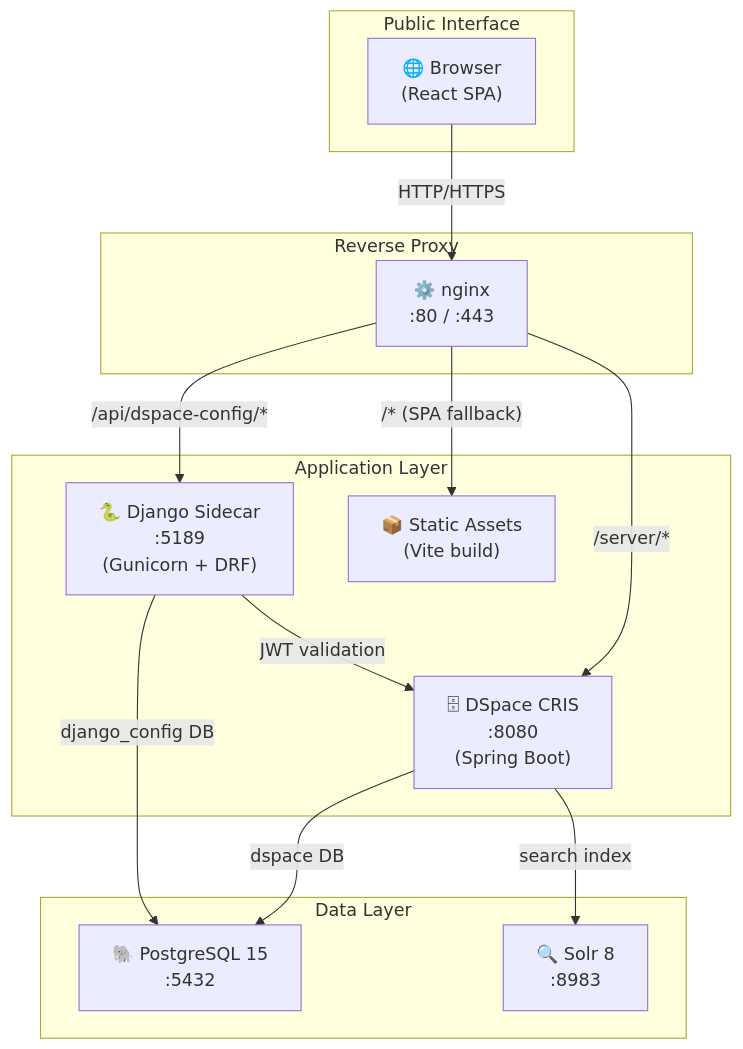
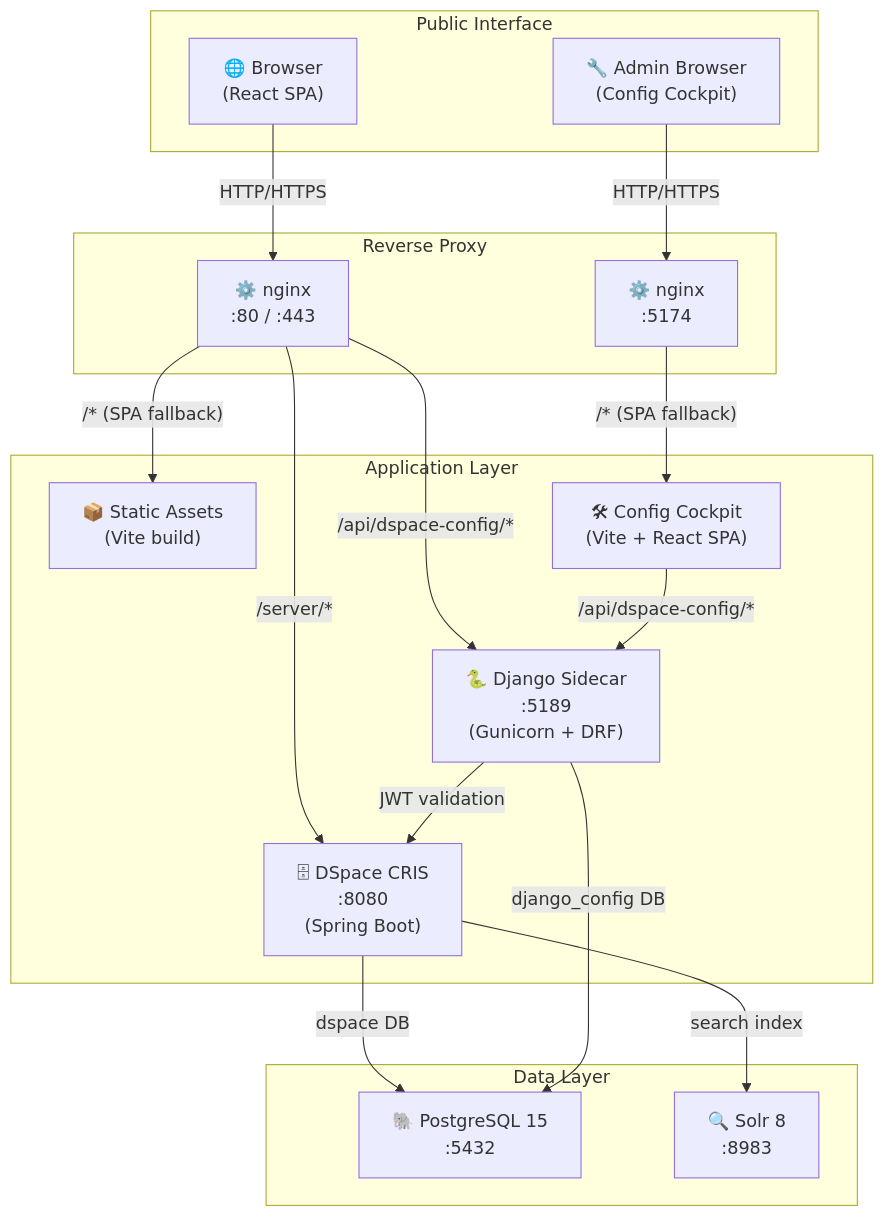
Before and after one commit to sszepe/dspace-cris-cockpit-docu: the first of 4 diagrams in dev/architecture.md, drawn with Mermaid. The commit also changed other lines of this file and 5 other files, not shown here.

Commit message:
add django-frontend basic info for architecture diagram, dev docu and admin roles

````diff
--- a/dev/architecture.md
+++ b/dev/architecture.md
@@ -17,31 +17,37 @@
 ```mermaid
 graph TB
     subgraph Public["Public Interface"]
         Browser["🌐 Browser\n(React SPA)"]
+        AdminBrowser["🔧 Admin Browser\n(Config Cockpit)"]
     end
 
     subgraph Proxy["Reverse Proxy"]
         Nginx["⚙️ nginx\n:80 / :443"]
+        AdminNginx["⚙️ nginx\n:5174"]
     end
 
     subgraph App["Application Layer"]
         DSpace["🗄 DSpace CRIS\n:8080\n(Spring Boot)"]
         Django["🐍 Django Sidecar\n:5189\n(Gunicorn + DRF)"]
         Frontend["📦 Static Assets\n(Vite build)"]
+        DjangoFrontend["🛠 Config Cockpit\n(Vite + React SPA)"]
     end
 
     subgraph Data["Data Layer"]
         PG["🐘 PostgreSQL 15\n:5432"]
         Solr["🔍 Solr 8\n:8983"]
     end
 
     Browser -->|"HTTP/HTTPS"| Nginx
+    AdminBrowser -->|"HTTP/HTTPS"| AdminNginx
     Nginx -->|"/server/*"| DSpace
     Nginx -->|"/api/dspace-config/*"| Django
     Nginx -->|"/* (SPA fallback)"| Frontend
+    AdminNginx -->|"/* (SPA fallback)"| DjangoFrontend
+    DjangoFrontend -->|"/api/dspace-config/*"| Django
 
     DSpace -->|"dspace DB"| PG
     Django -->|"django_config DB"| PG
     DSpace -->|"search index"| Solr
     Django -->|"JWT validation"| DSpace
 ```
````
